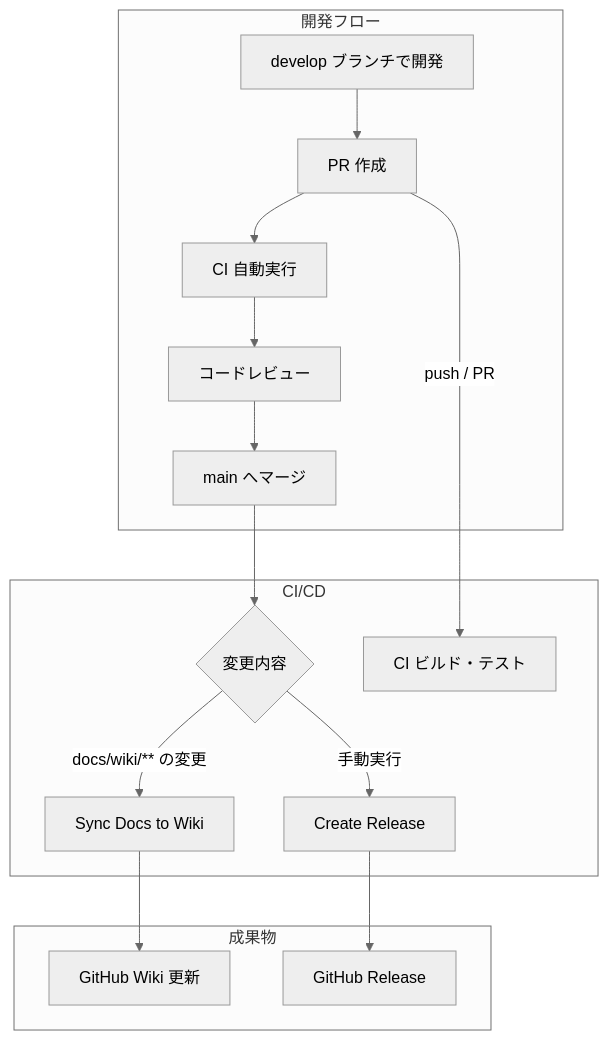
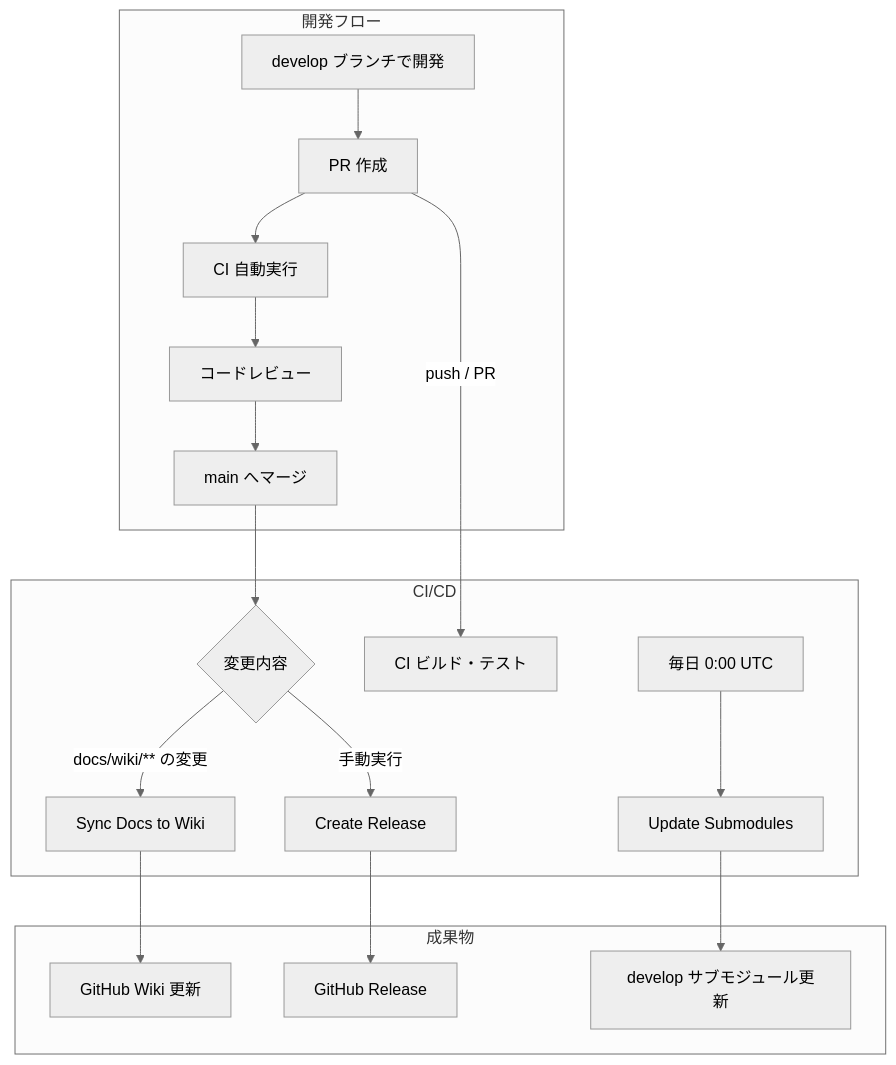
One commit to vehiclevisionjp/VehicleVision.Pleasanter.ExtensionsTools changed the first of 5 diagrams in docs/contributing/ci-workflow.md. Above: the diagram before and after it, drawn with Mermaid (neutral theme). The commit also changed other lines of this file and 1 other file, not shown here.

````diff
--- a/docs/contributing/ci-workflow.md
+++ b/docs/contributing/ci-workflow.md
@@ -70,21 +76,23 @@
 ```mermaid
 flowchart TB
     subgraph 開発フロー
         A[develop ブランチで開発] --> B[PR 作成]
         B --> C[CI 自動実行]
         C --> D[コードレビュー]
         D --> E[main へマージ]
     end
 
     subgraph CI/CD
         E --> F{変更内容}
         F -->|docs/wiki/** の変更| G[Sync Docs to Wiki]
         F -->|手動実行| H[Create Release]
         B -->|push / PR| I[CI ビルド・テスト]
+        S[毎日 0:00 UTC] --> T[Update Submodules]
     end
 
     subgraph 成果物
         G --> J[GitHub Wiki 更新]
         H --> K[GitHub Release]
+        T --> U[develop サブモジュール更新]
     end
 ```
````
